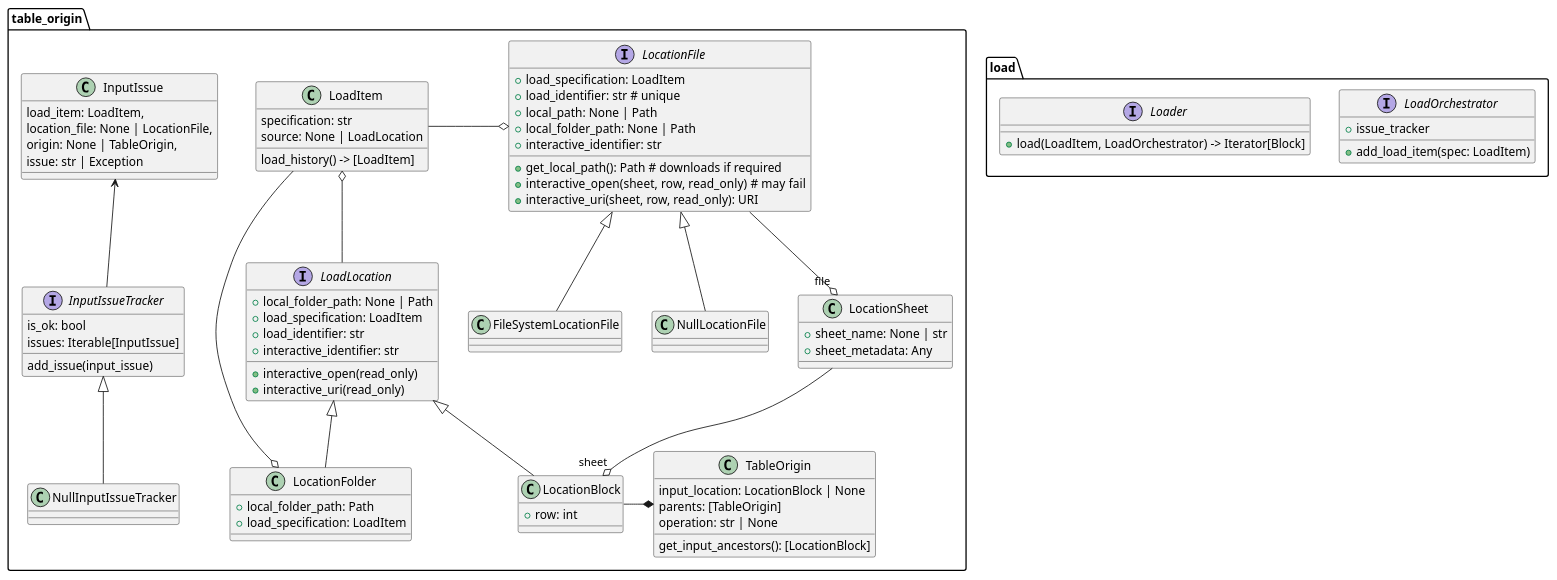
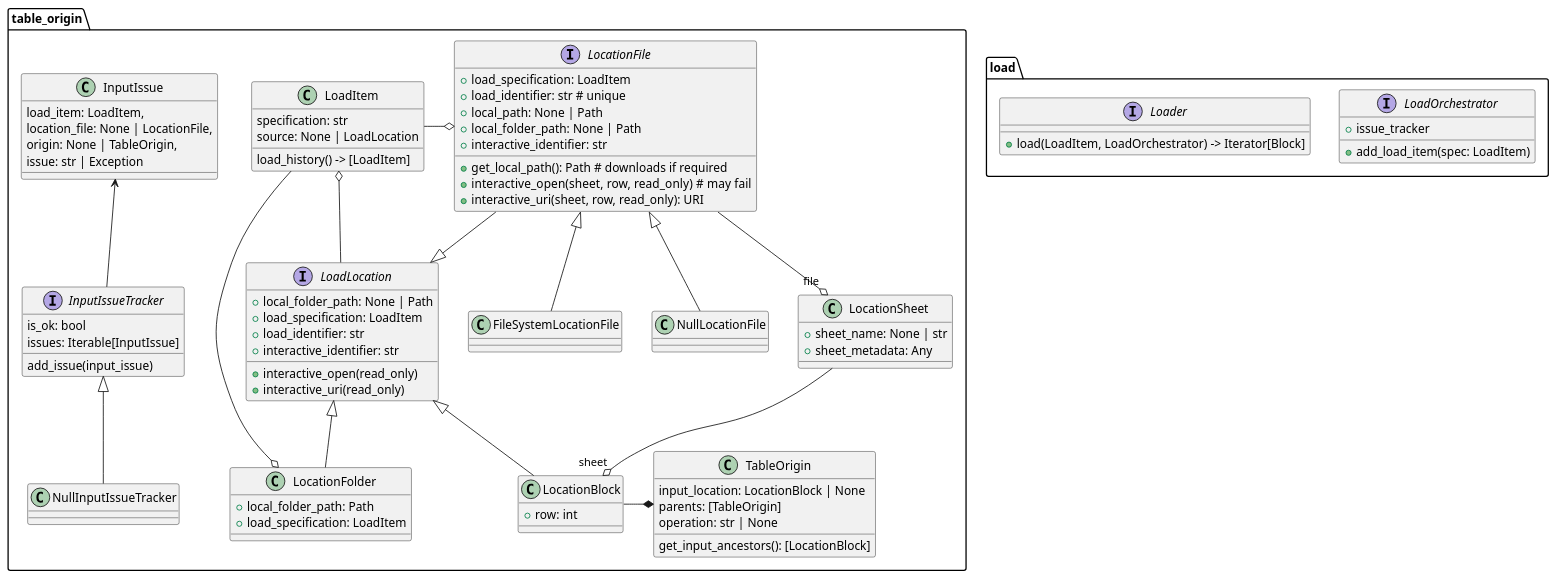
One commit to startable/pdtable changed the diagram in docs/diagrams/src/table_origin.puml. Above: the diagram before and after it, drawn with PlantUML. The commit also changed 3 other files, not shown here.

```diff
--- a/docs/diagrams/src/table_origin.puml
+++ b/docs/diagrams/src/table_origin.puml
@@ -9,101 +9,101 @@
 @startuml Table Origin
 
 namespace load {
     interface LoadOrchestrator {
         + add_load_item(spec: LoadItem)
         + issue_tracker
     }
 
     interface Loader {
         + load(LoadItem, LoadOrchestrator) -> Iterator[Block]
     }
 }
 
 
 namespace table_origin {
     class LoadItem  {
         specification: str
         source: None | LoadLocation
         load_history() -> [LoadItem]
     }
 
     class LocationFolder {
         + local_folder_path: Path
         + load_specification: LoadItem
     }
 
     LoadItem o-- LoadLocation
     LoadLocation <|-- LocationBlock
     LoadLocation <|-- LocationFolder
 
     LoadItem --o LocationFolder
 
     interface LoadLocation {
         + local_folder_path: None | Path
         + load_specification: LoadItem
         + load_identifier: str
+        + interactive_identifier: str
         + interactive_open(read_only)
         + interactive_uri(read_only)
-        + interactive_identifier: str
     }
 
     interface LocationFile {
         + load_specification: LoadItem 
         + load_identifier: str # unique
         + local_path: None | Path
         + local_folder_path: None | Path
         + get_local_path(): Path # downloads if required
         + interactive_open(sheet, row, read_only)  # may fail
         + interactive_uri(sheet, row, read_only): URI
         + interactive_identifier: str 
     }
 
     LocationFile <|-- FileSystemLocationFile
     LocationFile <|-- NullLocationFile
-    
+    LocationFile --|> LoadLocation
 
     LoadItem  -o LocationFile
 
     class LocationSheet {
     + sheet_name: None | str
     + sheet_metadata: Any
     }
 
     LocationFile --o "file" LocationSheet
 
     class LocationBlock {
     + row: int
     }
 
     LocationSheet --o "sheet" LocationBlock
 
 
     class TableOrigin {
         input_location: LocationBlock | None
         parents: [TableOrigin]
         operation: str | None
         get_input_ancestors(): [LocationBlock]
     }
 
     LocationBlock -* TableOrigin
 
     class InputIssue {
         load_item: LoadItem,
         location_file: None | LocationFile,
         origin: None | TableOrigin,
         issue: str | Exception
     }
 
     interface InputIssueTracker {
         add_issue(input_issue)
         is_ok: bool
         issues: Iterable[InputIssue]
     }
 
     InputIssue <-- InputIssueTracker
 
     InputIssueTracker <|-- NullInputIssueTracker
 }
 
 
 @enduml
```
